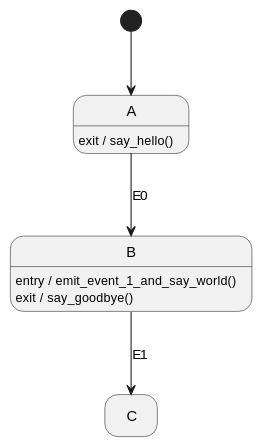
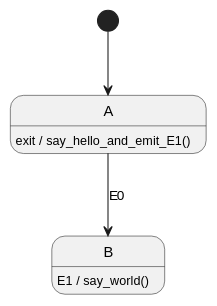
The diagram in doc/concepts/run-to-completion.md (fgoujeon/maki), drawn with PlantUML before and after one commit. The commit also changed other lines of this file and 10 other files, not shown here.

```diff
--- a/doc/concepts/run-to-completion.md
+++ b/doc/concepts/run-to-completion.md
@@ -9,11 +9,10 @@
 @startuml{rtc_diagram.png}
 [*] --> A
+A --> B : E0
+
+A : exit / say_hello_and_emit_E1()
+
+B : E1 / say_world()
+
 hide empty description
-A --> B : E0
-B --> C : E1
-
-A : exit / say_hello()
-
-B : entry / emit_event_1_and_say_world()
-B : exit / say_goodbye()
 @enduml
```
